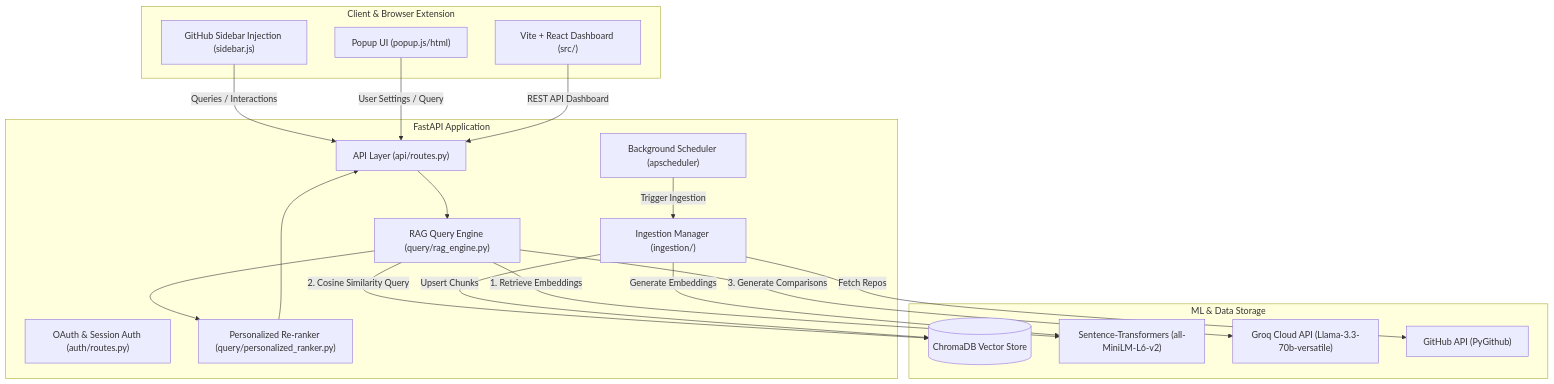
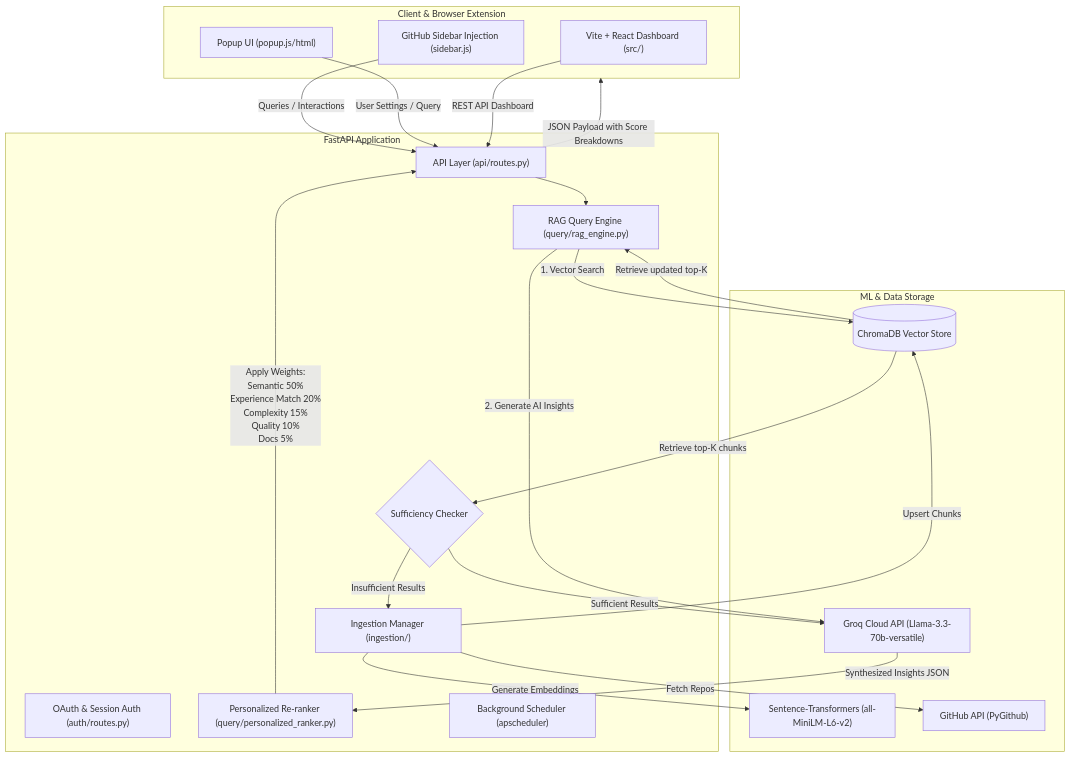
The diagram in README.md (palriju11234-del/Repo-Genius), drawn with Mermaid before and after one commit. The commit also changed other lines of this file and 1 other file, not shown here.

Commit message:
docs: generate detailed README.md and add project banner

````diff
--- a/README.md
+++ b/README.md
@@ -20,42 +41,50 @@
 ```mermaid
 graph TD
     %% Extension / Frontend
-    subgraph Extension & UI [Client & Browser Extension]
+    subgraph Client [Client & Browser Extension]
         ExtSidebar["GitHub Sidebar Injection (sidebar.js)"]
         ExtPopup["Popup UI (popup.js/html)"]
         ReactApp["Vite + React Dashboard (src/)"]
     end
 
     %% FastAPI Backend
-    subgraph backend [FastAPI Application]
+    subgraph BackendApp [FastAPI Application]
         API["API Layer (api/routes.py)"]
         Auth["OAuth & Session Auth (auth/routes.py)"]
         RAG["RAG Query Engine (query/rag_engine.py)"]
+        Checker{Sufficiency Checker}
         Ranker["Personalized Re-ranker (query/personalized_ranker.py)"]
         Ingestion["Ingestion Manager (ingestion/)"]
         Scheduler["Background Scheduler (apscheduler)"]
     end
 
     %% Embeddings & Models
-    subgraph Models [ML & Data Storage]
+    subgraph Storage [ML & Data Storage]
         ChromaDB[("ChromaDB Vector Store")]
         SentenceTransformers["Sentence-Transformers (all-MiniLM-L6-v2)"]
         GroqAPI["Groq Cloud API (Llama-3.3-70b-versatile)"]
         GitHubAPI["GitHub API (PyGithub)"]
     end
 
     %% Flow arrows
     ExtSidebar -->|Queries / Interactions| API
     ExtPopup -->|User Settings / Query| API
     ReactApp -->|REST API Dashboard| API
+    
     API --> RAG
-    RAG -->|1. Retrieve Embeddings| SentenceTransformers
-    RAG -->|2. Cosine Similarity Query| ChromaDB
-    RAG -->|3. Generate Comparisons| GroqAPI
-    RAG --> Ranker
-    Ranker --> API
-    Scheduler -->|Trigger Ingestion| Ingestion
+    RAG -->|1. Vector Search| ChromaDB
+    ChromaDB -->|Retrieve top-K chunks| Checker
+    
+    %% Sufficiency Flow
+    Checker -->|Insufficient Results| Ingestion
     Ingestion -->|Fetch Repos| GitHubAPI
     Ingestion -->|Generate Embeddings| SentenceTransformers
     Ingestion -->|Upsert Chunks| ChromaDB
+    ChromaDB -->|Retrieve updated top-K| RAG
+    
+    Checker -->|Sufficient Results| GroqAPI
+    RAG -->|2. Generate AI Insights| GroqAPI
+    GroqAPI -->|Synthesized Insights JSON| Ranker
+    Ranker -->|Apply Weights:<br>Semantic 50%<br>Experience Match 20%<br>Complexity 15%<br>Quality 10%<br>Docs 5%| API
+    API -->|JSON Payload with Score Breakdowns| Client
 ```
````
